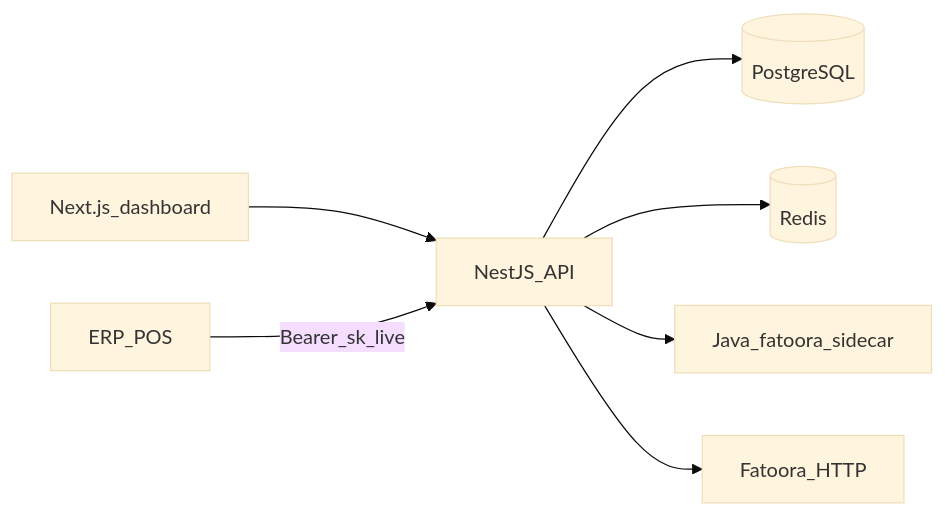
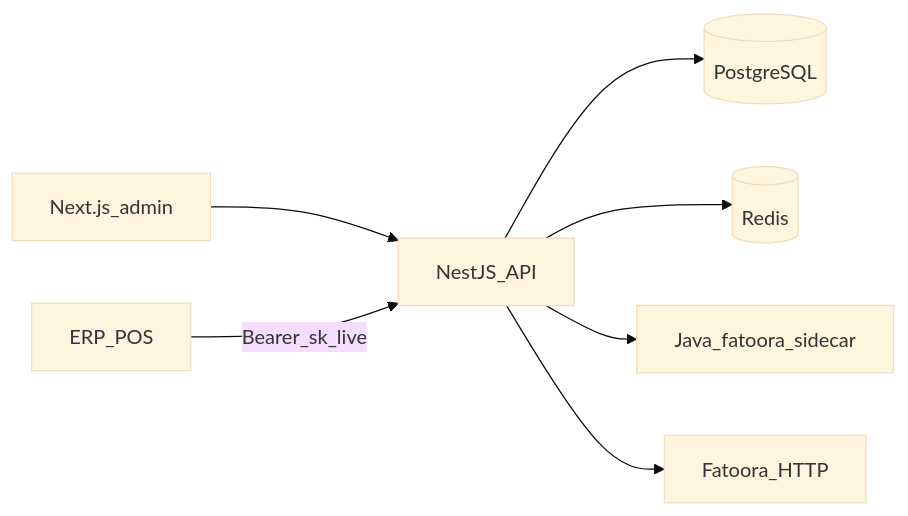
The second of 2 diagrams in sdk/ZATCA-SAAS-GATEWAY.md (anter0101/zatca-gateway-public), drawn with Mermaid (base theme) before and after one commit. The commit also changed other lines of this file and 6 other files, not shown here.

Commit message:
Add Phase 5 documentation for product hardening, including webhooks, rate limits, audit logs, key rotation, and admin dashboard details. Update ERD and API specifications accordingly.

````diff
--- a/sdk/ZATCA-SAAS-GATEWAY.md
+++ b/sdk/ZATCA-SAAS-GATEWAY.md
@@ -55,9 +56,9 @@
 ```mermaid
 flowchart LR
-  Next[Next.js_dashboard] --> Nest[NestJS_API]
+  Next[Next.js_admin] --> Nest[NestJS_API]
   Clients[ERP_POS] -->|Bearer_sk_live| Nest
   Nest --> PG[(PostgreSQL)]
   Nest --> Redis[(Redis)]
   Nest --> Sidecar[Java_fatoora_sidecar]
   Nest --> ZATCA[Fatoora_HTTP]
 ```
````
